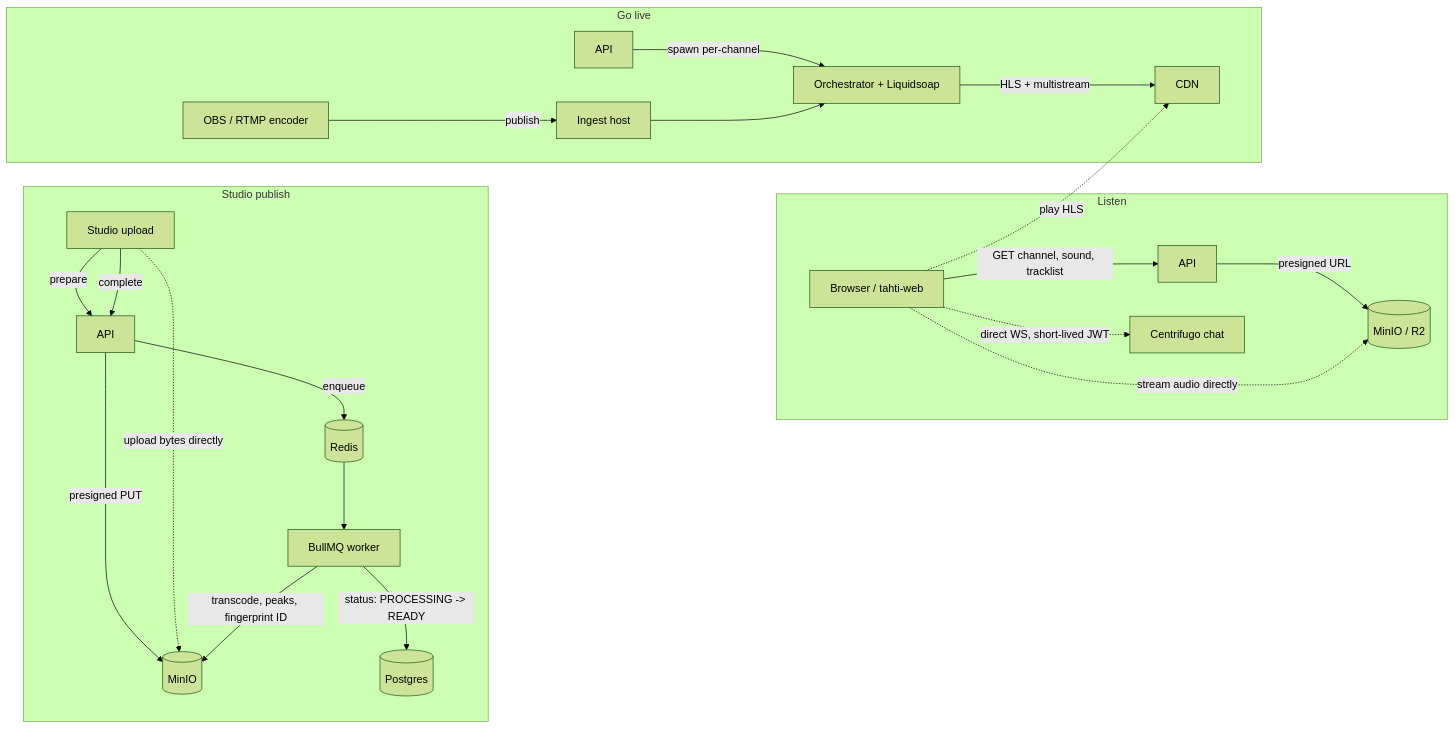
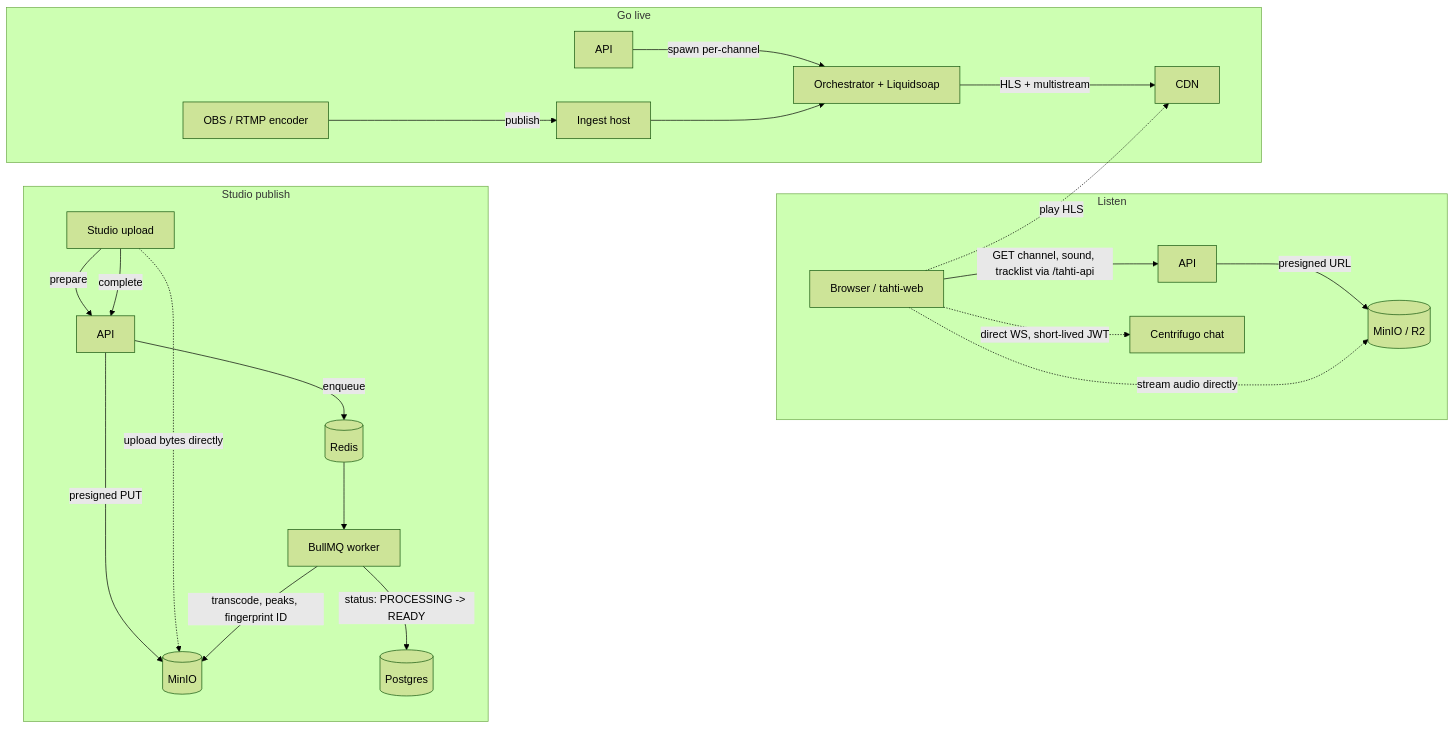
One commit to janiluuk/tahti-player changed the diagram in docs/DATA-FLOW.md. Above: the diagram before and after it, drawn with Mermaid (forest theme). The commit also changed other lines of this file and 28 other files, not shown here.

````diff
--- a/docs/DATA-FLOW.md
+++ b/docs/DATA-FLOW.md
@@ -9,28 +9,28 @@
 ```mermaid
 flowchart LR
     subgraph Listen
-        L1[Browser / tahti-web] -->|GET channel, sound, tracklist| L2[API]
+        L1[Browser / tahti-web] -->|GET channel, sound, tracklist via /tahti-api| L2[API]
         L2 -->|presigned URL| L3[(MinIO / R2)]
         L1 -.->|stream audio directly| L3
         L1 -.->|direct WS, short-lived JWT| L4[Centrifugo chat]
     end
 
     subgraph Studio publish
         S1[Studio upload] -->|prepare| S2[API]
         S2 -->|presigned PUT| S3[(MinIO)]
         S1 -.->|upload bytes directly| S3
         S1 -->|complete| S2
         S2 -->|enqueue| S4[(Redis)]
         S4 --> S5[BullMQ worker]
         S5 -->|transcode, peaks, fingerprint ID| S3
         S5 -->|status: PROCESSING -> READY| S6[(Postgres)]
     end
 
     subgraph Go live
         G1[OBS / RTMP encoder] -->|publish| G2[Ingest host]
         G3[API] -->|spawn per-channel| G4[Orchestrator + Liquidsoap]
         G2 --> G4
         G4 -->|HLS + multistream| G5[CDN]
         L1 -.->|play HLS| G5
     end
 ```
````
